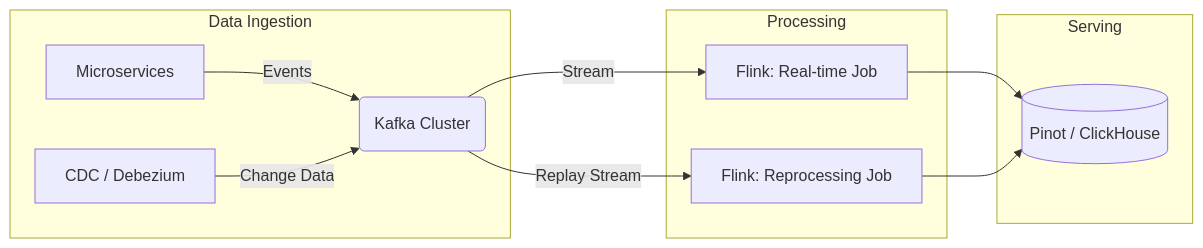
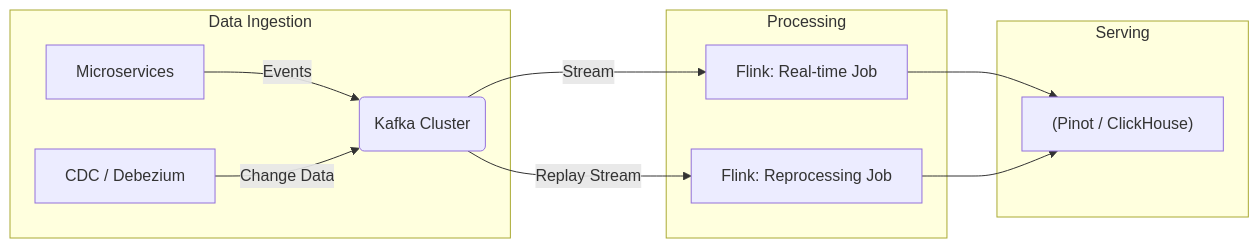
The diagram in src/content/docs/concepts/1-distributed-systems-architecture/real-time-architecture.md (kythuatdulieu/kythuatdulieu.github.io), drawn with Mermaid before and after one commit. The commit also changed 190 other files, not shown here.

Commit message:
fix: resolve mermaid syntax, math rendering, and metadata issues from content rewrite

````diff
--- a/src/content/docs/concepts/1-distributed-systems-architecture/real-time-architecture.md
+++ b/src/content/docs/concepts/1-distributed-systems-architecture/real-time-architecture.md
@@ -59,15 +59,15 @@
 ```mermaid
 graph LR
     subgraph Data Ingestion
-        A[Microservices] -->|Events| K(Kafka Cluster)
-        B[CDC / Debezium] -->|Change Data| K
+        A[Microservices] -->|Events| K("Kafka Cluster")
+        B["CDC / Debezium"] -->|Change Data| K
     end
     subgraph Processing
-        K -->|Stream| F1[Flink: Real-time Job]
-        K -->|Replay Stream| F2[Flink: Reprocessing Job]
+        K -->|Stream| F1["Flink: Real-time Job"]
+        K -->|Replay Stream| F2["Flink: Reprocessing Job"]
     end
     subgraph Serving
-        F1 --> O[(Pinot / ClickHouse)]
+        F1 --> O["(Pinot / ClickHouse)"]
         F2 --> O
     end
 ```
````
